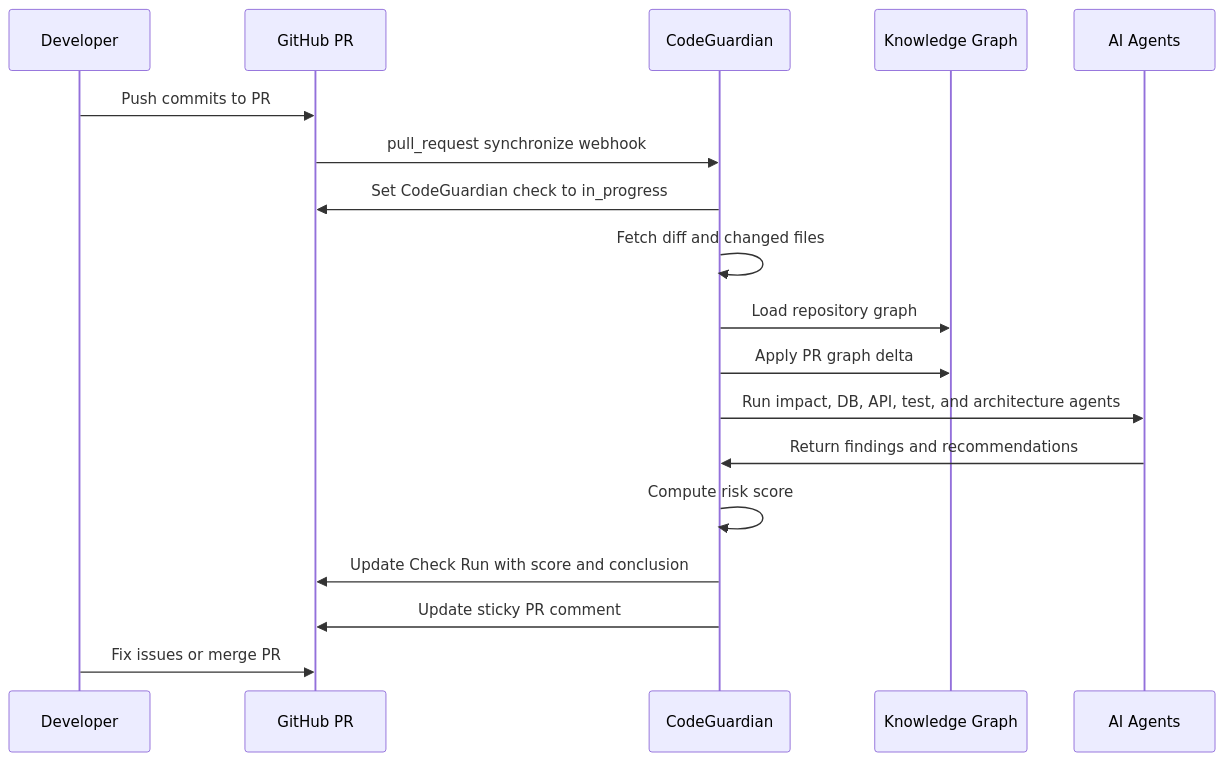
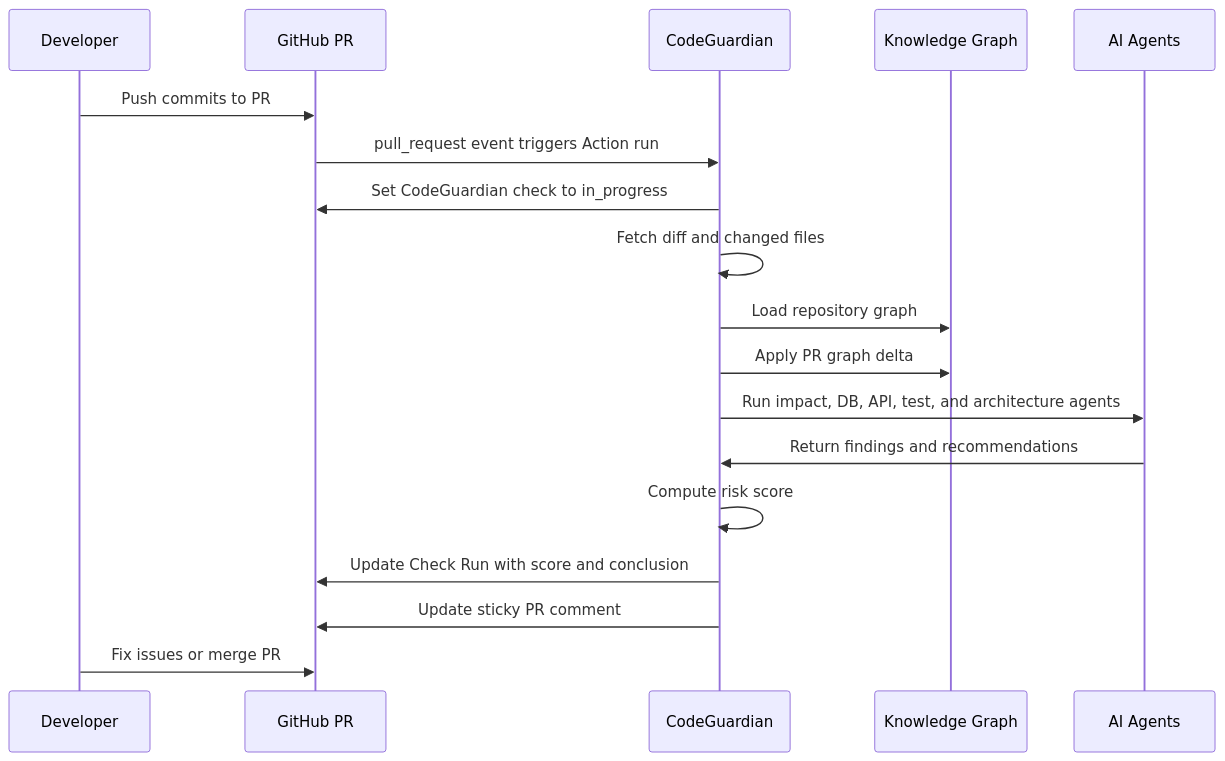
One commit to ayushkumar320/CodeGuardian changed the fifth of 8 diagrams in doc/GitHub-PR-User-Flowmap.md. Above: the diagram before and after it, drawn with Mermaid. The commit also changed other lines of this file and 4 other files, not shown here.

````diff
--- a/doc/GitHub-PR-User-Flowmap.md
+++ b/doc/GitHub-PR-User-Flowmap.md
@@ -317,21 +319,21 @@
 ```mermaid
 sequenceDiagram
   participant Dev as Developer
   participant GH as GitHub PR
   participant CG as CodeGuardian
   participant KG as Knowledge Graph
   participant AI as AI Agents
 
   Dev->>GH: Push commits to PR
-  GH->>CG: pull_request synchronize webhook
+  GH->>CG: pull_request event triggers Action run
   CG->>GH: Set CodeGuardian check to in_progress
   CG->>CG: Fetch diff and changed files
   CG->>KG: Load repository graph
   CG->>KG: Apply PR graph delta
   CG->>AI: Run impact, DB, API, test, and architecture agents
   AI->>CG: Return findings and recommendations
   CG->>CG: Compute risk score
   CG->>GH: Update Check Run with score and conclusion
   CG->>GH: Update sticky PR comment
   Dev->>GH: Fix issues or merge PR
 ```
````
